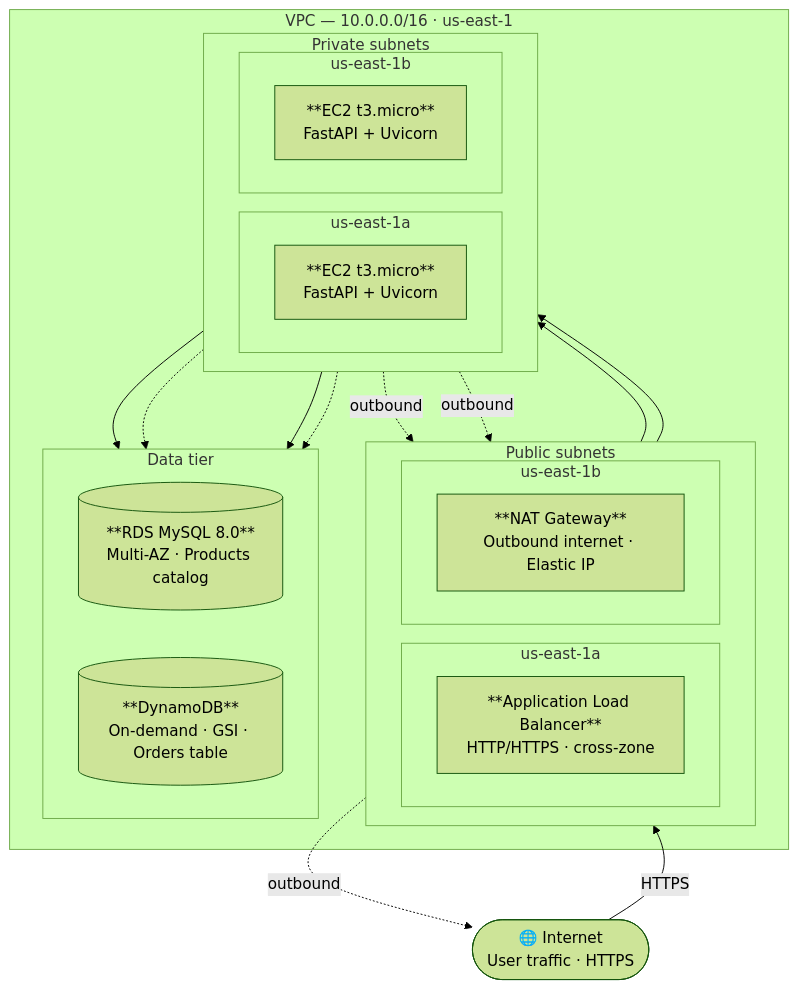
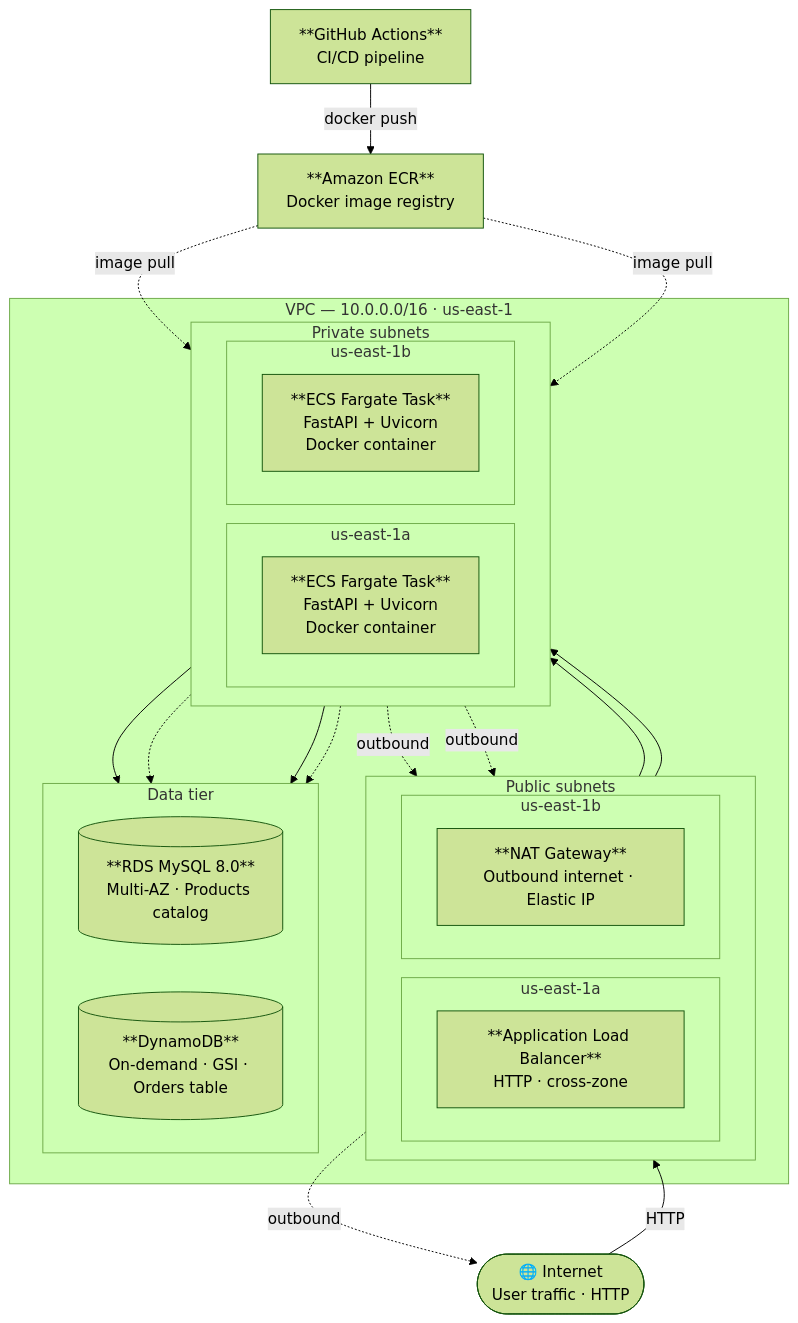
One commit to qw486759/aws-ecommerce-platform changed the diagram in README.md. Above: the diagram before and after it, drawn with Mermaid (forest theme). The commit also changed other lines of this file, not shown here.

Commit message:
docs: update README to reflect ECS Fargate and CI/CD architecture

````diff
--- a/README.md
+++ b/README.md
@@ -9,45 +9,51 @@
 ```mermaid
 flowchart TD
-    Internet(["🌐 Internet\nUser traffic · HTTPS"])
+    Internet(["🌐 Internet\nUser traffic · HTTP"])
 
     subgraph VPC["VPC — 10.0.0.0/16 · us-east-1"]
 
         subgraph PUB["Public subnets"]
             direction LR
             subgraph PUB_A["us-east-1a"]
-                ALB["**Application Load Balancer**\nHTTP/HTTPS · cross-zone"]
+                ALB["**Application Load Balancer**\nHTTP · cross-zone"]
             end
             subgraph PUB_B["us-east-1b"]
                 NAT["**NAT Gateway**\nOutbound internet · Elastic IP"]
             end
         end
 
         subgraph PRIV["Private subnets"]
             direction LR
             subgraph PRIV_A["us-east-1a"]
-                EC2A["**EC2 t3.micro**\nFastAPI + Uvicorn"]
+                FARGATE_A["**ECS Fargate Task**\nFastAPI + Uvicorn\nDocker container"]
             end
             subgraph PRIV_B["us-east-1b"]
-                EC2B["**EC2 t3.micro**\nFastAPI + Uvicorn"]
+                FARGATE_B["**ECS Fargate Task**\nFastAPI + Uvicorn\nDocker container"]
             end
         end
 
         subgraph DATA["Data tier"]
             direction LR
             RDS[("**RDS MySQL 8.0**\nMulti-AZ · Products catalog")]
             DDB[("**DynamoDB**\nOn-demand · GSI · Orders table")]
         end
 
     end
 
-    Internet -->|"HTTPS"| ALB
-    ALB --> EC2A
-    ALB --> EC2B
-    EC2A --> RDS
-    EC2A -.-> DDB
-    EC2B --> DDB
-    EC2B -.-> RDS
-    EC2A -.->|"outbound"| NAT
-    EC2B -.->|"outbound"| NAT
+    ECR["**Amazon ECR**\nDocker image registry"]
+    GHA["**GitHub Actions**\nCI/CD pipeline"]
+
+    GHA -->|"docker push"| ECR
+    ECR -.->|"image pull"| FARGATE_A
+    ECR -.->|"image pull"| FARGATE_B
+    Internet -->|"HTTP"| ALB
+    ALB --> FARGATE_A
+    ALB --> FARGATE_B
+    FARGATE_A --> RDS
+    FARGATE_A -.-> DDB
+    FARGATE_B --> DDB
+    FARGATE_B -.-> RDS
+    FARGATE_A -.->|"outbound"| NAT
+    FARGATE_B -.->|"outbound"| NAT
     NAT -.->|"outbound"| Internet
 ```
````
